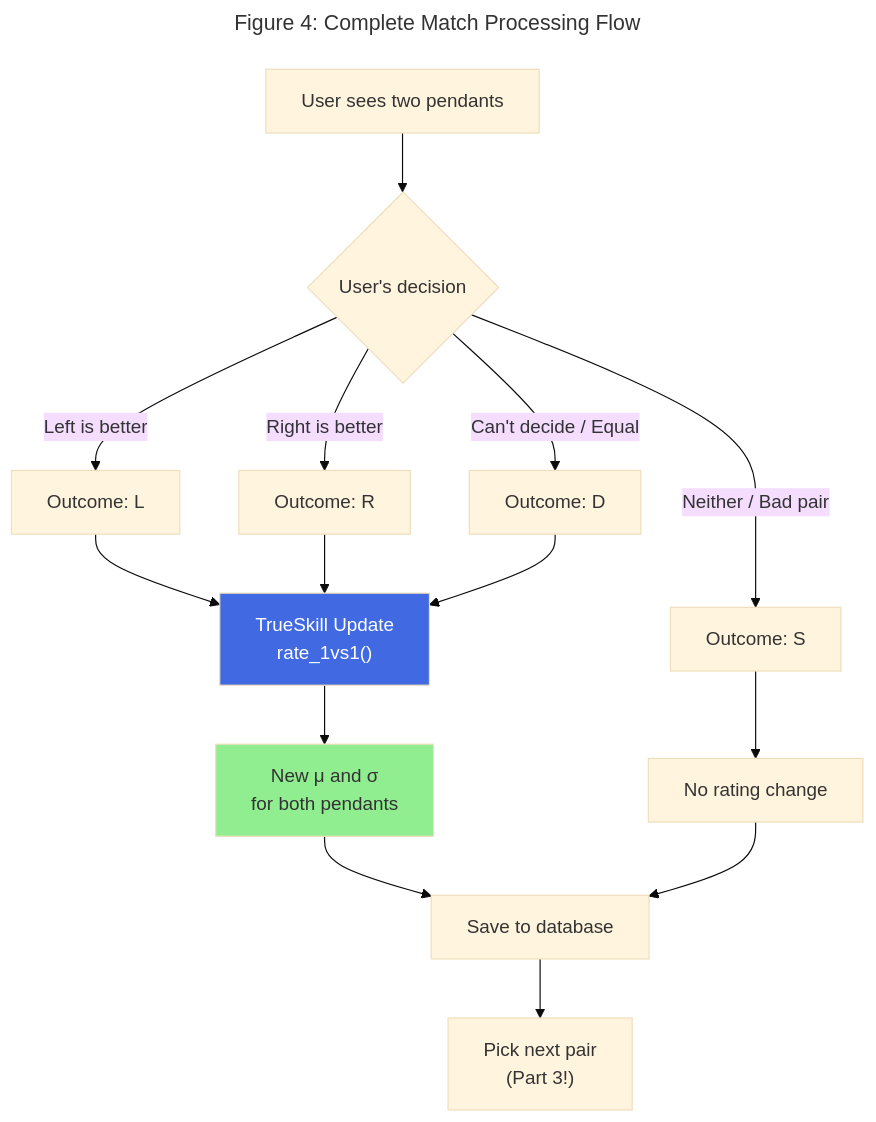
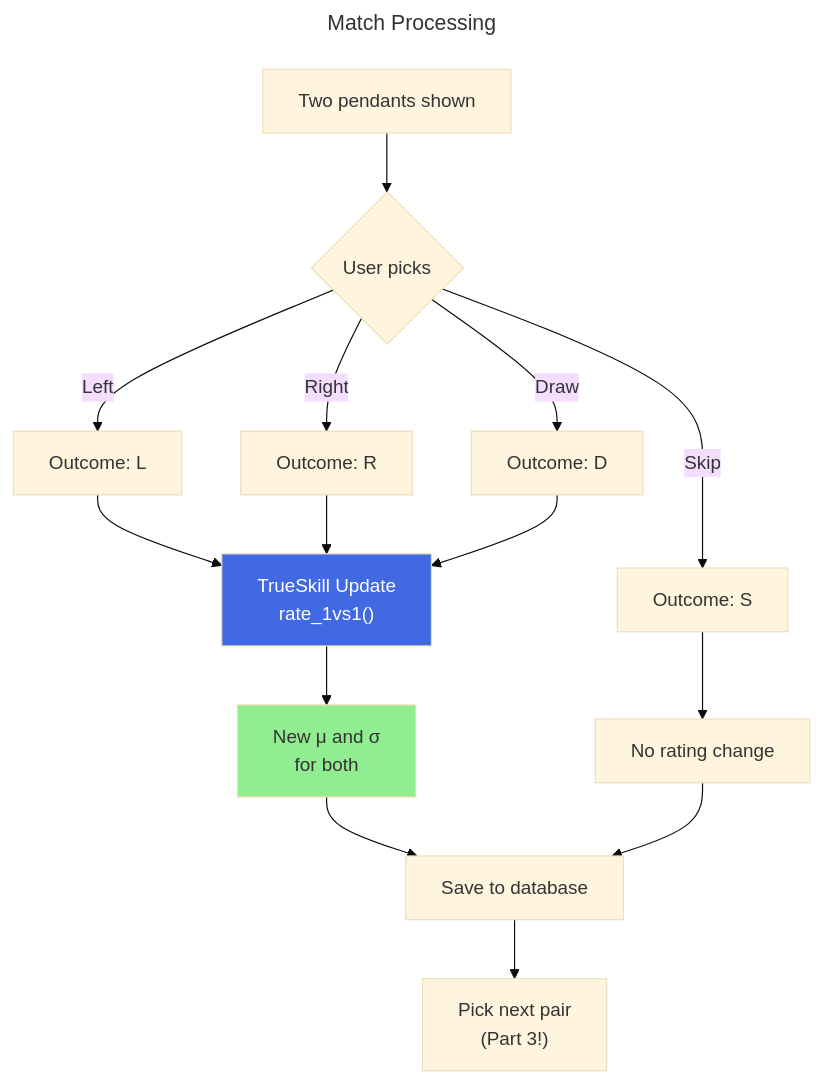
One commit to 5mehulhelp5/product_picker changed the fourth of 4 diagrams in blog/part2-trueskill-demystified.md. Above: the diagram before and after it, drawn with Mermaid (base theme). The commit also changed other lines of this file and 2 other files, not shown here.

````diff
--- a/blog/part2-trueskill-demystified.md
+++ b/blog/part2-trueskill-demystified.md
@@ -232,30 +199,30 @@
 ```mermaid
 ---
-title: "Figure 4: Complete Match Processing Flow"
+title: "Match Processing"
 ---
 flowchart TD
-    Start["User sees two pendants"] --> Choice
+    Start["Two pendants shown"] --> Choice
     
-    Choice{"User's decision"}
-    Choice -->|"Left is better"| LeftWins["Outcome: L"]
-    Choice -->|"Right is better"| RightWins["Outcome: R"]
-    Choice -->|"Can't decide / Equal"| Draw["Outcome: D"]
-    Choice -->|"Neither / Bad pair"| Skip["Outcome: S"]
+    Choice{"User picks"}
+    Choice -->|"Left"| LeftWins["Outcome: L"]
+    Choice -->|"Right"| RightWins["Outcome: R"]
+    Choice -->|"Draw"| Draw["Outcome: D"]
+    Choice -->|"Skip"| Skip["Outcome: S"]
     
     LeftWins --> Update
     RightWins --> Update
     Draw --> Update
     Skip --> NoUpdate["No rating change"]
     
     Update["TrueSkill Update<br/>rate_1vs1()"]
     
-    Update --> NewBeliefs["New μ and σ<br/>for both pendants"]
+    Update --> NewBeliefs["New μ and σ<br/>for both"]
     
     NewBeliefs --> Persist["Save to database"]
     NoUpdate --> Persist
     
     Persist --> Next["Pick next pair<br/>(Part 3!)"]
     
     style Update fill:#4169E1,color:white
     style NewBeliefs fill:#90EE90
 ```
````
